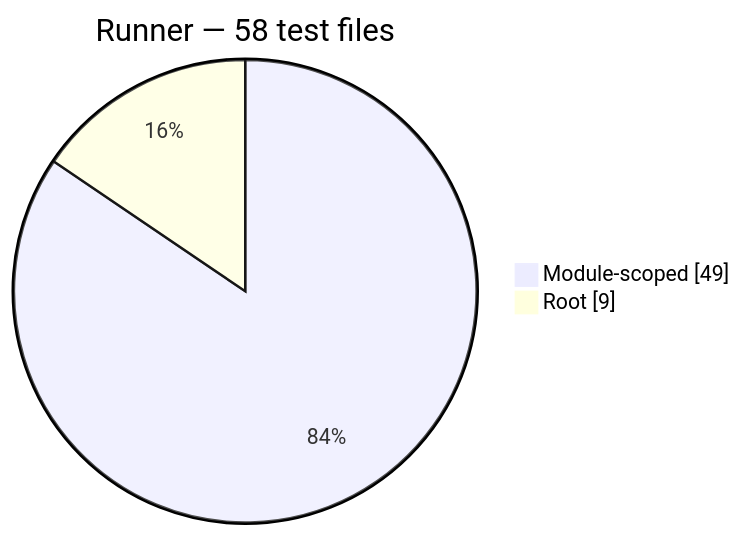
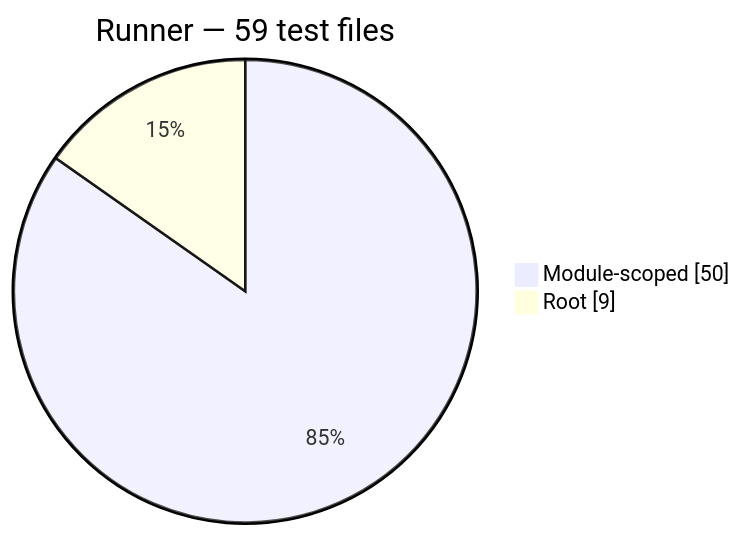
One commit to PHP-Arazzo/php-arazzo changed the seventh of 13 diagrams in docs/generated/test-composition.md. Above: the diagram before and after it, drawn with Mermaid. The commit also changed other lines of this file and 17 other files, not shown here.

Commit message:
docs(generated): regenerate architecture diagrams and API docs for HttpPolicy safety bounds

````diff
--- a/docs/generated/test-composition.md
+++ b/docs/generated/test-composition.md
@@ -106,6 +106,6 @@
 ```mermaid
 pie showData
-    title Runner — 58 test files
-    "Module-scoped": 49
+    title Runner — 59 test files
+    "Module-scoped": 50
     "Root": 9
 ```
````
